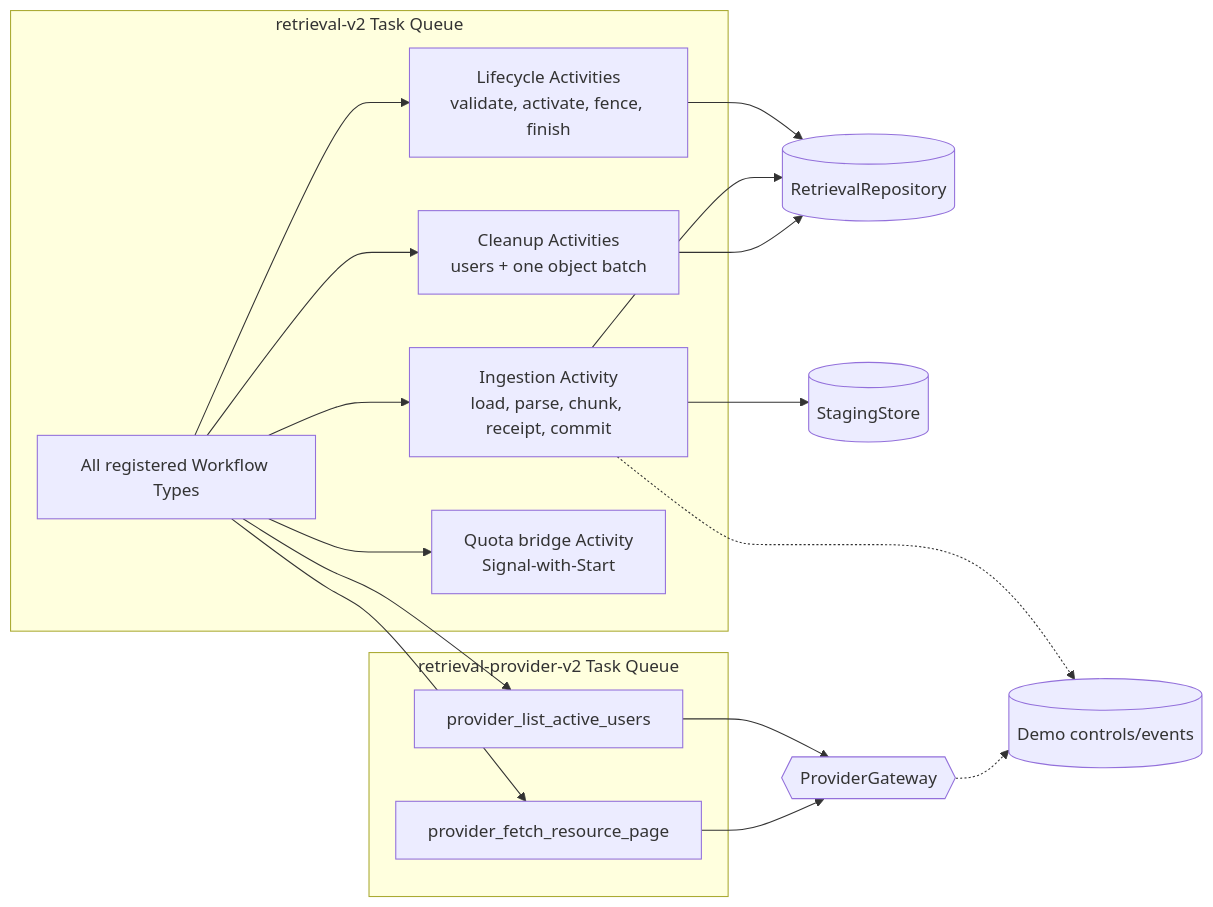
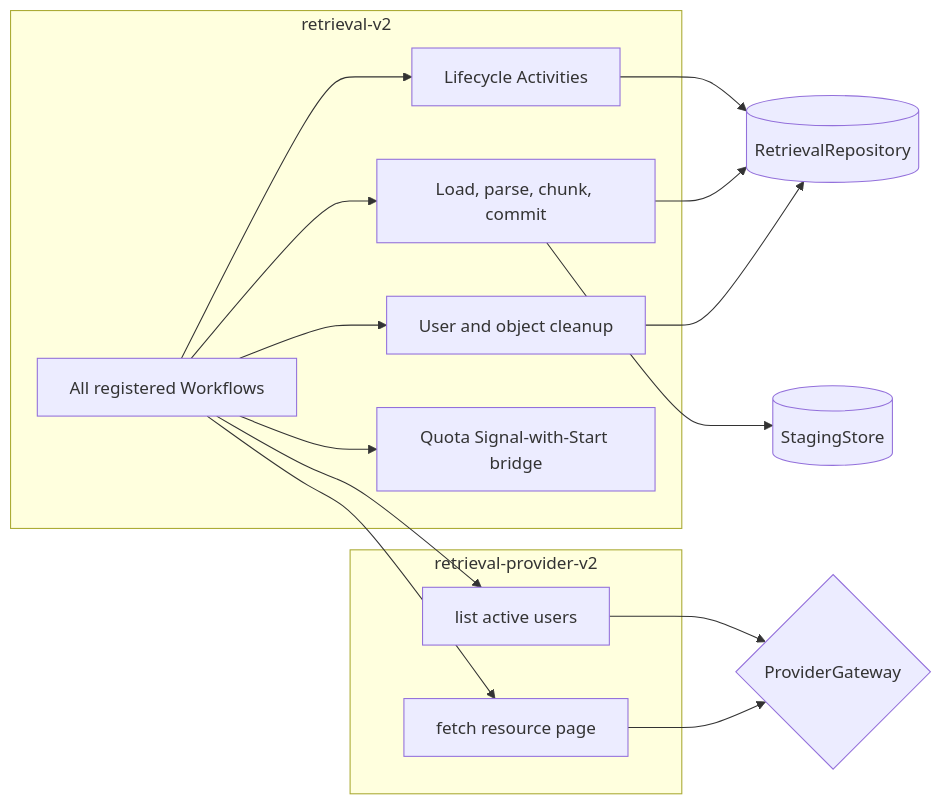
One commit to temporal-sa/golden-retriever changed the fourth of 8 diagrams in docs/workflow-topology.md. Above: the diagram before and after it, drawn with Mermaid. The commit also changed other lines of this file and 15 other files, not shown here.

````diff
--- a/docs/workflow-topology.md
+++ b/docs/workflow-topology.md
@@ -125,30 +141,27 @@
 ```mermaid
 flowchart LR
-    subgraph retrieval["retrieval-v2 Task Queue"]
-        workflows["All registered Workflow Types"]
-        lifecycle["Lifecycle Activities<br/>validate, activate, fence, finish"]
-        ingestion["Ingestion Activity<br/>load, parse, chunk, receipt, commit"]
-        cleanup["Cleanup Activities<br/>users + one object batch"]
-        quotaBridge["Quota bridge Activity<br/>Signal-with-Start"]
+    subgraph retrieval["retrieval-v2"]
+        workflows["All registered Workflows"]
+        lifecycle["Lifecycle Activities"]
+        ingestion["Load, parse, chunk, commit"]
+        cleanup["User and object cleanup"]
+        quotaBridge["Quota Signal-with-Start bridge"]
     end
 
-    subgraph provider["retrieval-provider-v2 Task Queue"]
-        listUsers["provider_list_active_users"]
-        fetchPage["provider_fetch_resource_page"]
+    subgraph provider["retrieval-provider-v2"]
+        listUsers["list active users"]
+        fetchPage["fetch resource page"]
     end
 
-    repo[("RetrievalRepository")]
+    repository[("RetrievalRepository")]
     staging[("StagingStore")]
-    gateway{{"ProviderGateway"}}
-    controls[("Demo controls/events")]
+    gateway{"ProviderGateway"}
 
-    workflows --> lifecycle --> repo
-    workflows --> ingestion --> repo
+    workflows --> lifecycle --> repository
+    workflows --> ingestion --> repository
     ingestion --> staging
-    ingestion -.-> controls
-    workflows --> cleanup --> repo
+    workflows --> cleanup --> repository
     workflows --> quotaBridge
     workflows --> listUsers --> gateway
     workflows --> fetchPage --> gateway
-    gateway -.-> controls
 ```
````
